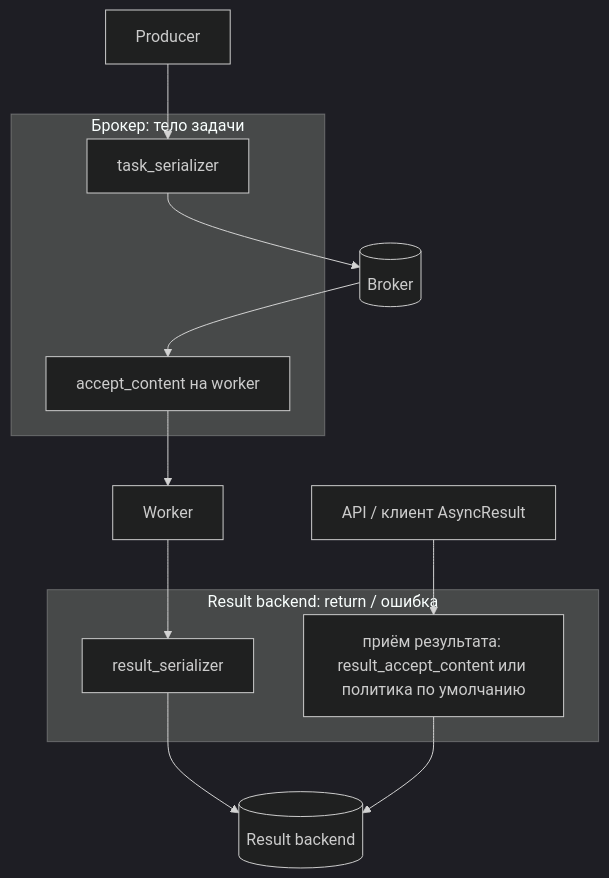
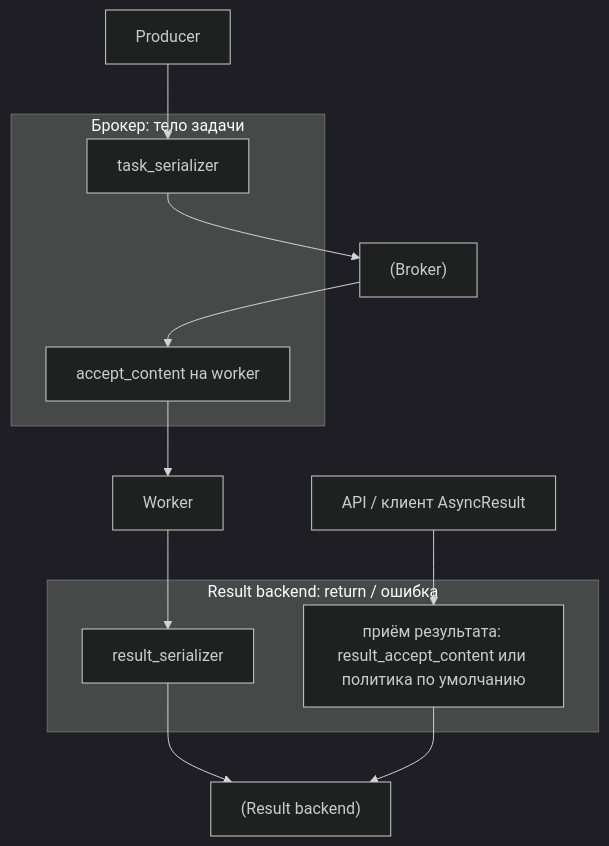
The third of 3 diagrams in directions/services/celery/pact/17_bezopasnost_celery/11_17_17_2_serializatsiya_i_doverie_k_soobshcheniyam.md (DDoSKudya/ai-study-atlas), drawn with Mermaid (dark theme) before and after one commit. The commit also changed other lines of this file and 322 other files, not shown here.

Commit message:
fix(docs): make mermaid diagrams GitHub-compatible across directions content

````diff
--- a/directions/services/celery/pact/17_bezopasnost_celery/11_17_17_2_serializatsiya_i_doverie_k_soobshcheniyam.md
+++ b/directions/services/celery/pact/17_bezopasnost_celery/11_17_17_2_serializatsiya_i_doverie_k_soobshcheniyam.md
@@ -628,19 +628,19 @@
 ```mermaid
 flowchart TB
   subgraph broker_path["Брокер: тело задачи"]
-    TS[task_serializer]
-    AC[accept_content на worker]
+    TS["task_serializer"]
+    AC["accept_content на worker"]
   end
   subgraph backend_path["Result backend: return / ошибка"]
-    RS[result_serializer]
-    RAC[приём результата: result_accept_content или политика по умолчанию]
+    RS["result_serializer"]
+    RAC["приём результата: result_accept_content или политика по умолчанию"]
   end
-  P[Producer] --> TS
-  TS --> BR[(Broker)]
+  P["Producer"] --> TS
+  TS --> BR["(Broker)"]
   BR --> AC
-  AC --> W[Worker]
+  AC --> W["Worker"]
   W --> RS
-  RS --> RB[(Result backend)]
-  API[API / клиент AsyncResult] --> RAC
+  RS --> RB["(Result backend)"]
+  API["API / клиент AsyncResult"] --> RAC
   RAC --> RB
 ```
````
